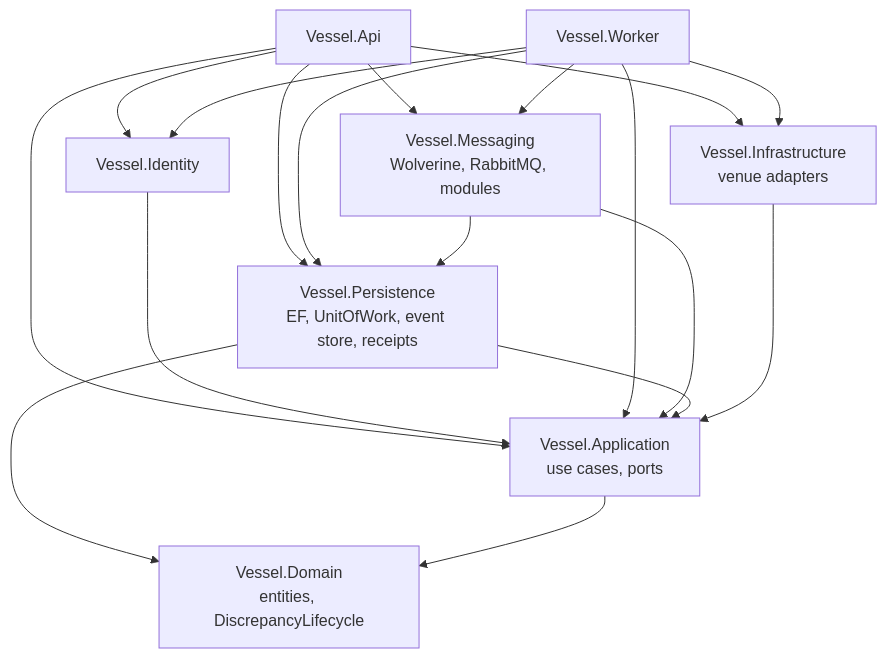
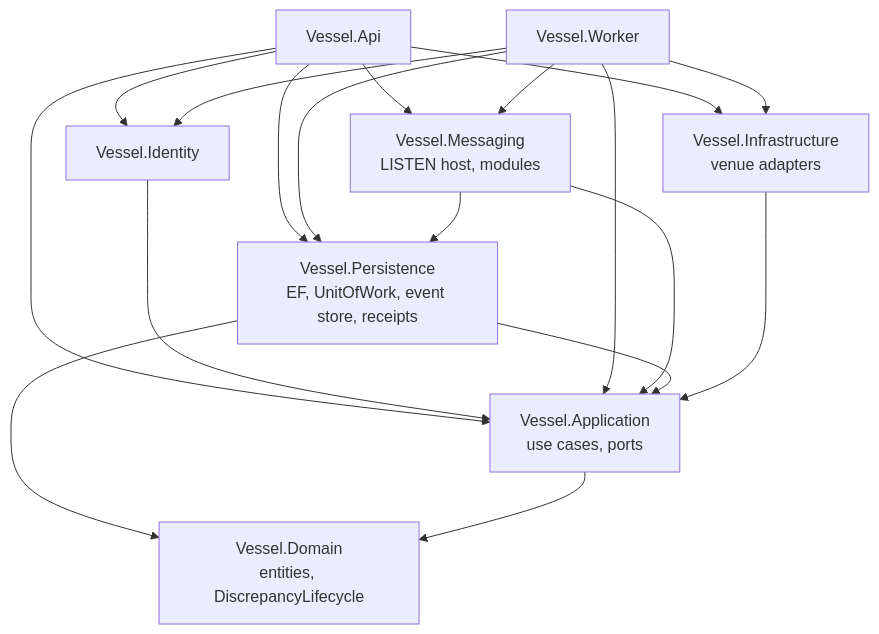
One commit to sloppitty/vessel changed the second of 8 diagrams in docs/architecture/messaging-and-workers.md. Above: the diagram before and after it, drawn with Mermaid. The commit also changed other lines of this file and 102 other files, not shown here.

First line of the commit message:
feat(messaging): replace RabbitMQ and Wolverine with PostgreSQL LISTEN/NOTIFY (#99) (#171)

````diff
--- a/docs/architecture/messaging-and-workers.md
+++ b/docs/architecture/messaging-and-workers.md
@@ -51,20 +49,20 @@
 ```mermaid
 flowchart TD
     Api[Vessel.Api] --> Application
     Api --> Infrastructure
     Api --> Messaging
     Api --> Identity
     Worker --> Identity
     Identity[Vessel.Identity] --> Application
     Api --> Persistence
     Worker[Vessel.Worker] --> Application
     Worker --> Infrastructure
     Worker --> Messaging
     Worker --> Persistence
-    Messaging["Vessel.Messaging<br/>Wolverine, RabbitMQ, modules"] --> Application
+    Messaging["Vessel.Messaging<br/>LISTEN host, modules"] --> Application
     Messaging --> Persistence
     Persistence["Vessel.Persistence<br/>EF, UnitOfWork, event store, receipts"] --> Application
     Persistence --> Domain
     Infrastructure["Vessel.Infrastructure<br/>venue adapters"] --> Application
     Application["Vessel.Application<br/>use cases, ports"] --> Domain["Vessel.Domain<br/>entities, DiscrepancyLifecycle"]
 ```
````
